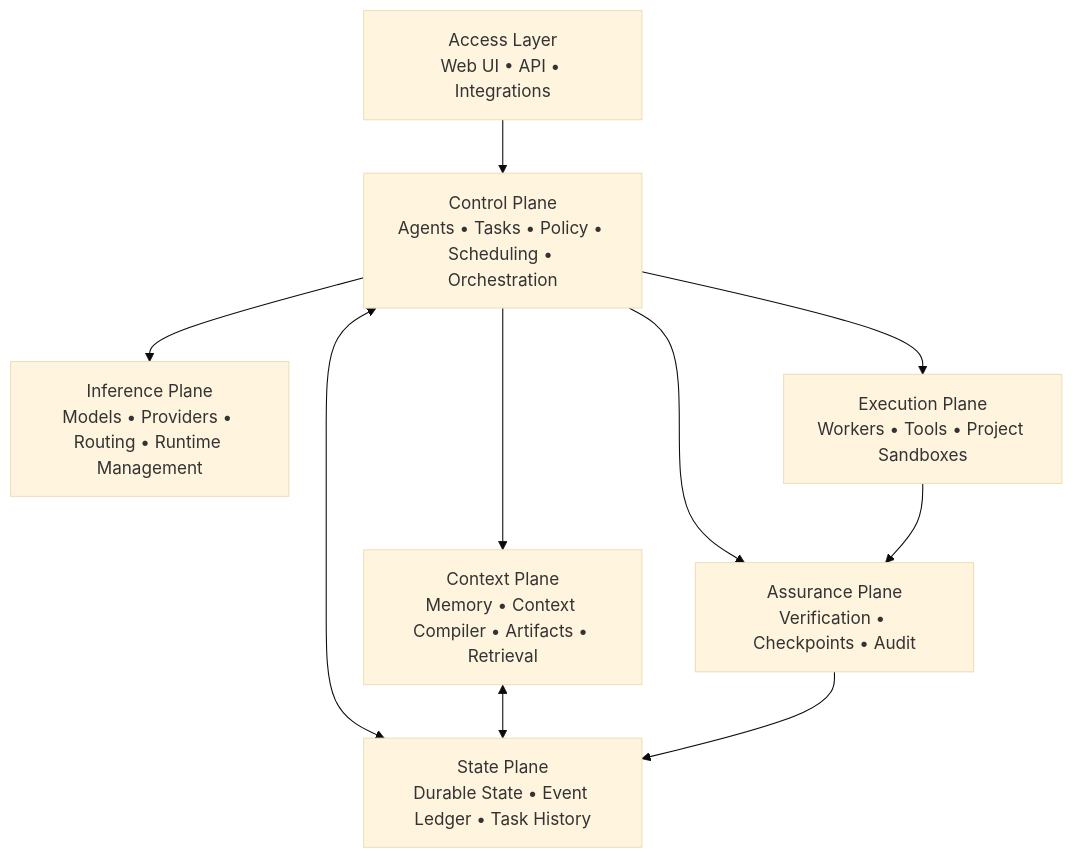
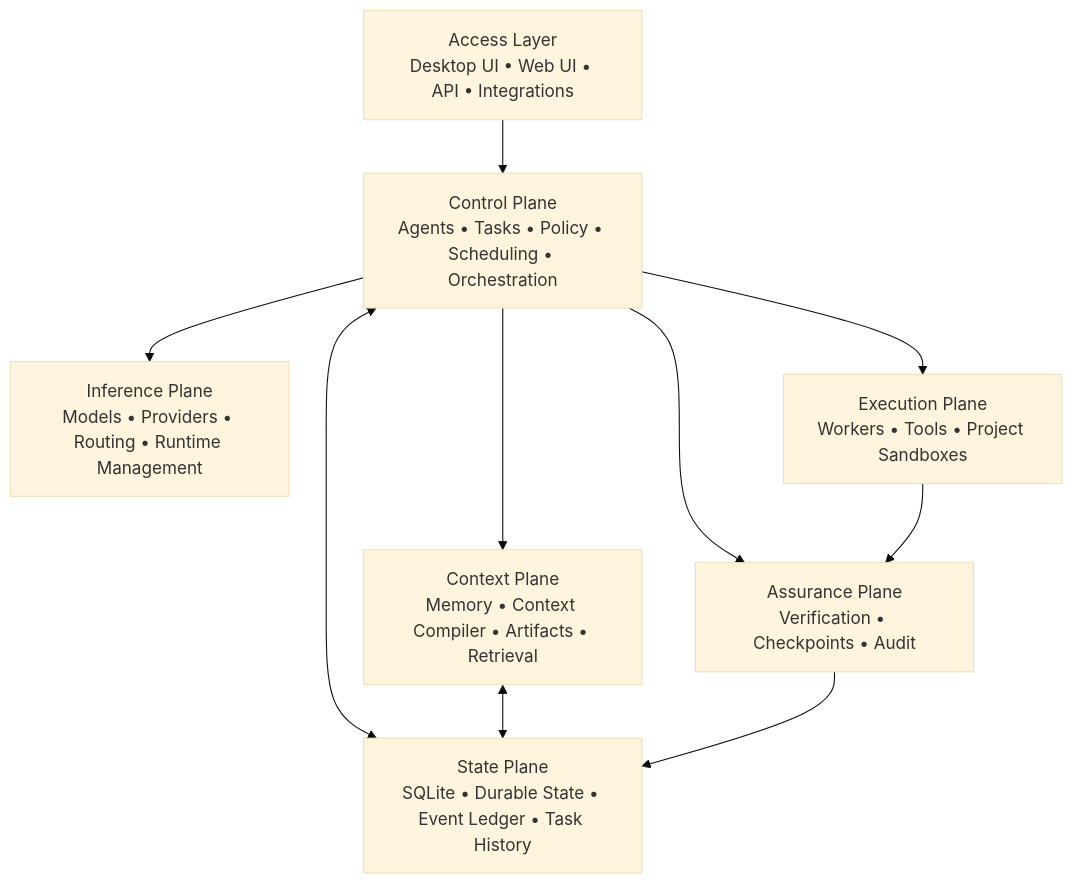
One commit to DigiLogicTech/OnePane changed the diagram in README.md. Above: the diagram before and after it, drawn with Mermaid (base theme). The commit also changed other lines of this file, not shown here.

````diff
--- a/README.md
+++ b/README.md
@@ -285,30 +228,20 @@
 ```mermaid
 flowchart TB
-
-    UI["Access Layer<br/>Web UI • API • Integrations"]
-
+    UI["Access Layer<br/>Desktop UI • Web UI • API • Integrations"]
     CONTROL["Control Plane<br/>Agents • Tasks • Policy • Scheduling • Orchestration"]
-
     CONTEXT["Context Plane<br/>Memory • Context Compiler • Artifacts • Retrieval"]
-
     INFERENCE["Inference Plane<br/>Models • Providers • Routing • Runtime Management"]
-
     EXECUTION["Execution Plane<br/>Workers • Tools • Project Sandboxes"]
-
     ASSURANCE["Assurance Plane<br/>Verification • Checkpoints • Audit"]
-
-    STATE["State Plane<br/>Durable State • Event Ledger • Task History"]
+    STATE["State Plane<br/>SQLite • Durable State • Event Ledger • Task History"]
 
     UI --> CONTROL
-
     CONTROL --> CONTEXT
     CONTROL --> INFERENCE
     CONTROL --> EXECUTION
     CONTROL --> ASSURANCE
-
     CONTROL <--> STATE
     CONTEXT <--> STATE
-
     EXECUTION --> ASSURANCE
     ASSURANCE --> STATE
 ```
````
